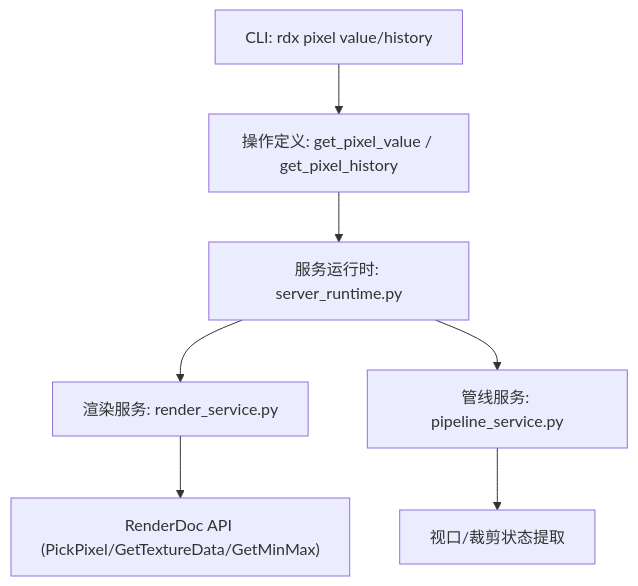
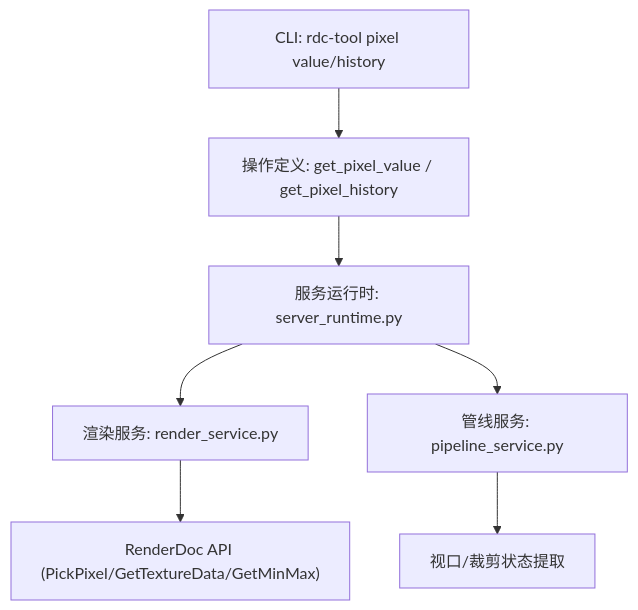
Before and after one commit to haolange/RDC-Tool: the first of 6 diagrams in .qoder/repowiki/zh/content/CLI参考手册/像素分析命令.md, drawn with Mermaid. The commit also changed other lines of this file and 388 other files, not shown here.

First line of the commit message:
Release RDC-Tool identity and public maintenance surface

````diff
--- a/.qoder/repowiki/zh/content/CLI参考手册/像素分析命令.md
+++ b/.qoder/repowiki/zh/content/CLI参考手册/像素分析命令.md
@@ -42,9 +42,9 @@
 ```mermaid
 graph TB
-CLI["CLI: rdx pixel value/history"] --> OPS["操作定义: get_pixel_value / get_pixel_history"]
+CLI["CLI: rdc-tool pixel value/history"] --> OPS["操作定义: get_pixel_value / get_pixel_history"]
 OPS --> RT["服务运行时: server_runtime.py"]
 RT --> RS["渲染服务: render_service.py"]
 RS --> RD["RenderDoc API (PickPixel/GetTextureData/GetMinMax)"]
 RT --> PS["管线服务: pipeline_service.py"]
 PS --> VPS["视口/裁剪状态提取"]
 ```
````
